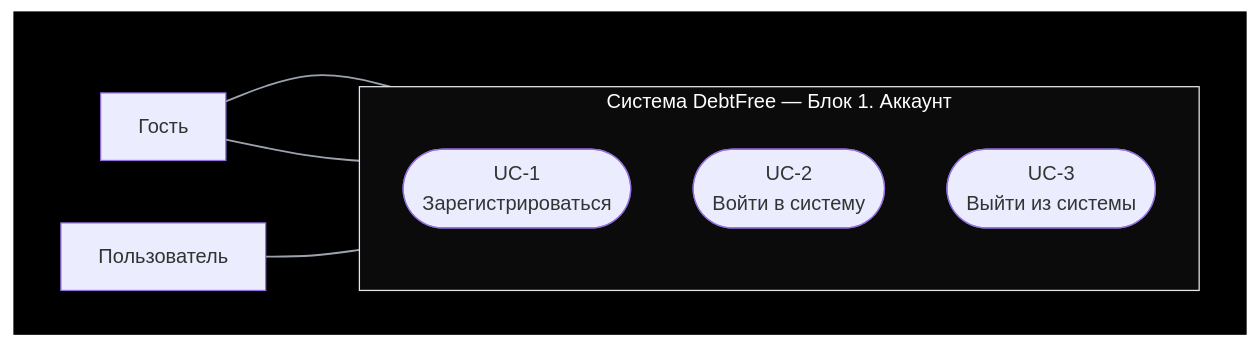
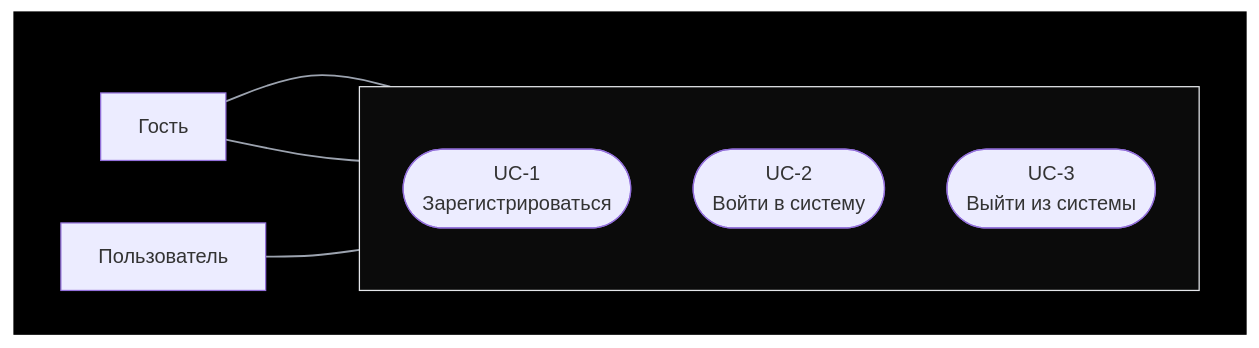
Before and after one commit to NE4EL/DebtFree: the first of 6 diagrams in README.md, drawn with Mermaid.

Commit message:
Remove title from SYS subgraph in README

````diff
--- a/README.md
+++ b/README.md
@@ -40,23 +40,23 @@
 ```mermaid
 flowchart LR
     subgraph BG[" "]
         direction LR
         G["Гость"]
         U["Пользователь"]
 
-        subgraph SYS["Система DebtFree — Блок 1. Аккаунт"]
+        subgraph SYS[" "]
             direction TB
             UC1(["UC-1<br/>Зарегистрироваться"])
             UC2(["UC-2<br/>Войти в систему"])
             UC3(["UC-3<br/>Выйти из системы"])
         end
 
         G --- UC1
         G --- UC2
         U --- UC3
     end
 
     style BG fill:#000000,stroke:#000000
     style SYS fill:#0b0b0b,stroke:#e5e7eb,color:#ffffff
     linkStyle default stroke:#9ca3af,stroke-width:1.5px
 ```
````
